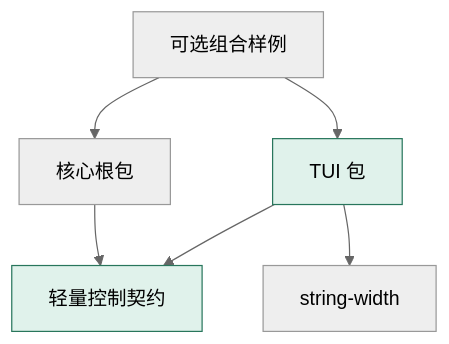
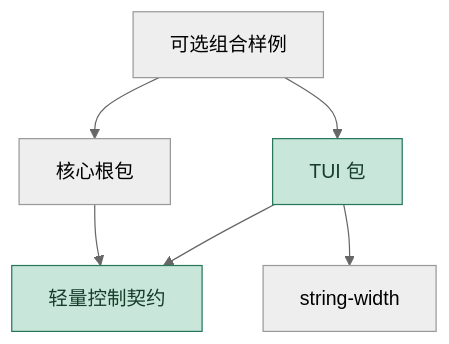
The third of 5 diagrams in docs/2026-10-08-M3.1进度与架构图.md (13776578253-glitch/1002bot), drawn with Mermaid (neutral theme) before and after one commit. The commit also changed other lines of this file and 3 other files, not shown here.

First line of the commit message:
docs: align overview diagrams across M2.1 M3.0 and M3.1

````diff
--- a/docs/2026-10-08-M3.1进度与架构图.md
+++ b/docs/2026-10-08-M3.1进度与架构图.md
@@ -60,10 +63,10 @@
 ```mermaid
 flowchart TB
   E[可选组合样例] --> C[核心根包]
   E --> T[TUI 包]
   C --> A[轻量控制契约]
   T --> A
   T --> W[string-width]
-  style T fill:#e0f2eb,stroke:#28765c
-  style A fill:#e0f2eb,stroke:#28765c
+  classDef added fill:#c8e6d9,stroke:#28765c,color:#163d2a;
+  class T,A added;
 ```
````
